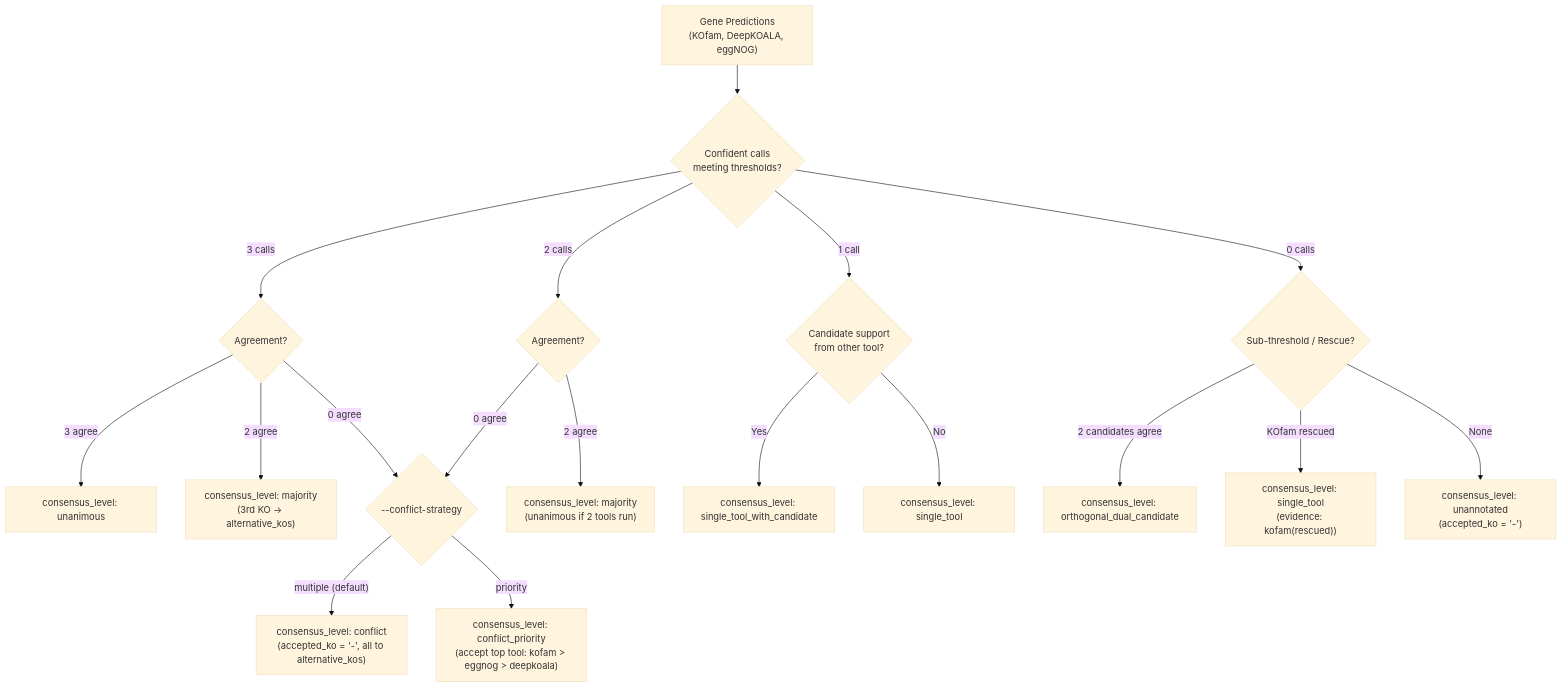
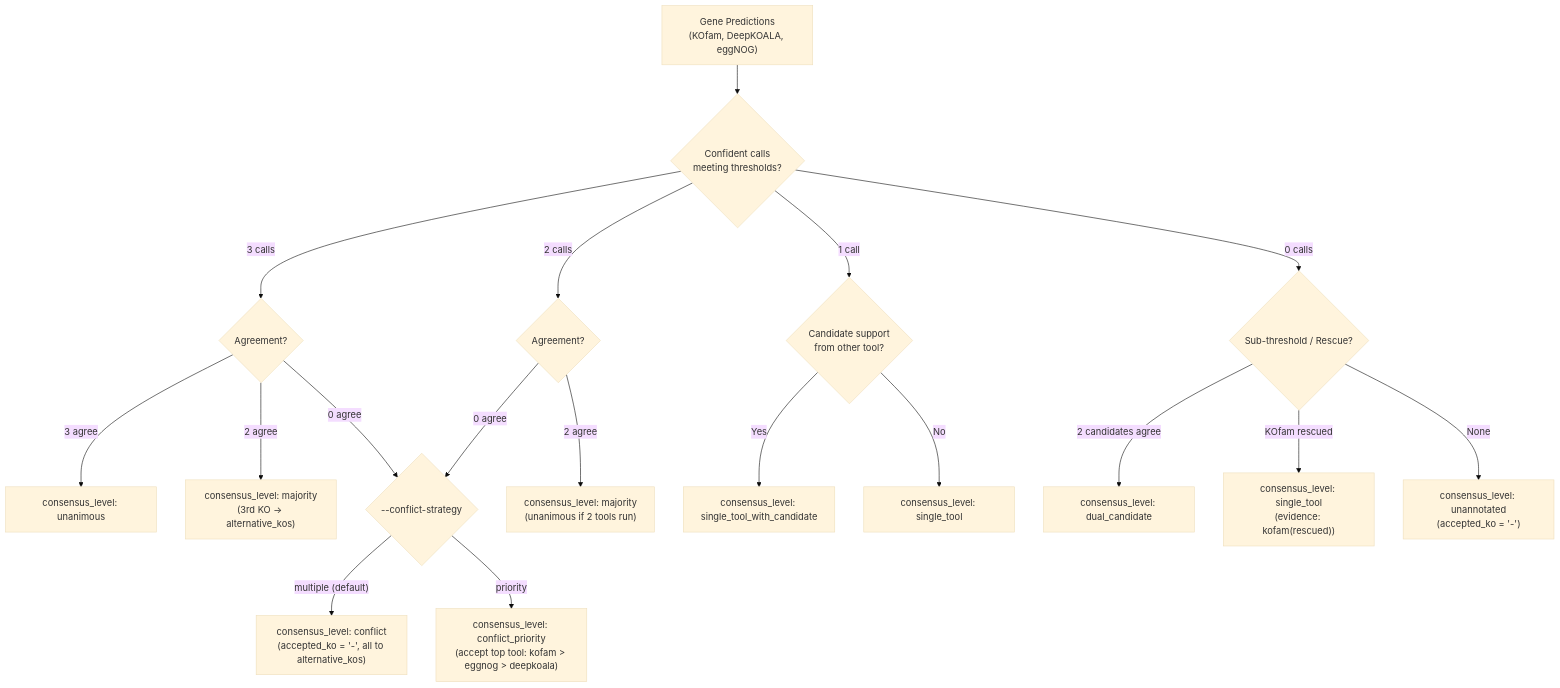
Before and after one commit to dylancronin/kolach: the diagram in README.md, drawn with Mermaid (base theme). The commit also changed other lines of this file and 2 other files, not shown here.

Commit message:
Changed orthogonal_dual_candidate to just dual_candidate.

````diff
--- a/README.md
+++ b/README.md
@@ -89,30 +89,30 @@
 ```mermaid
 flowchart TD
     Start["Gene Predictions<br/>(KOfam, DeepKOALA, eggNOG)"] --> Count{"Confident calls<br/>meeting thresholds?"}
 
     %% 3 calls
     Count -->|"3 calls"| C3{"Agreement?"}
     C3 -->|"3 agree"| Unanimous["consensus_level: unanimous"]
     C3 -->|"2 agree"| Majority["consensus_level: majority<br/>(3rd KO → alternative_kos)"]
     C3 -->|"0 agree"| Conflict{"--conflict-strategy"}
 
     %% 2 calls
     Count -->|"2 calls"| C2{"Agreement?"}
     C2 -->|"2 agree"| Maj2["consensus_level: majority<br/>(unanimous if 2 tools run)"]
     C2 -->|"0 agree"| Conflict
 
     %% Conflict resolution
     Conflict -->|"multiple (default)"| ConfM["consensus_level: conflict<br/>(accepted_ko = '-', all to alternative_kos)"]
     Conflict -->|"priority"| ConfP["consensus_level: conflict_priority<br/>(accept top tool: kofam > eggnog > deepkoala)"]
 
     %% 1 call
     Count -->|"1 call"| C1{"Candidate support<br/>from other tool?"}
     C1 -->|"Yes"| SingleCand["consensus_level: single_tool_with_candidate"]
     C1 -->|"No"| Single["consensus_level: single_tool"]
 
     %% 0 calls
     Count -->|"0 calls"| C0{"Sub-threshold / Rescue?"}
-    C0 -->|"2 candidates agree"| DualCand["consensus_level: orthogonal_dual_candidate"]
+    C0 -->|"2 candidates agree"| DualCand["consensus_level: dual_candidate"]
     C0 -->|"KOfam rescued"| Rescued["consensus_level: single_tool<br/>(evidence: kofam(rescued))"]
     C0 -->|"None"| Unannotated["consensus_level: unannotated<br/>(accepted_ko = '-')"]
 ```
````
